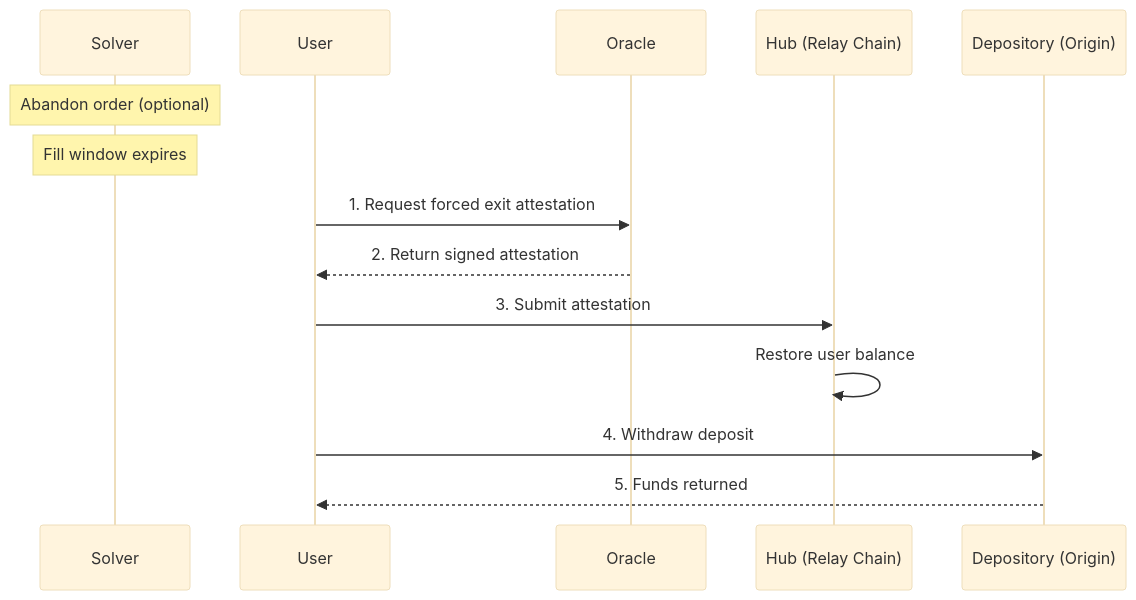
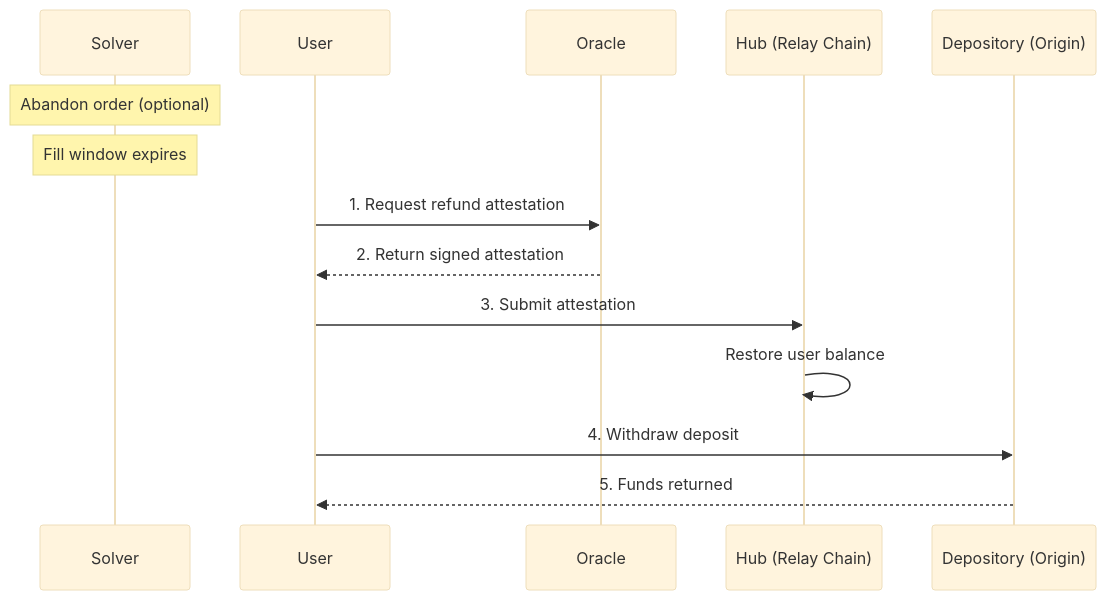
The seventh of 7 diagrams in references/protocol/how-it-works.mdx (relayprotocol/relay-docs), drawn with Mermaid (base theme) before and after one commit. The commit also changed other lines of this file and 3 other files, not shown here.

First line of the commit message:
Add refunds to architecture page, contract addresses, and security cleanup

````diff
--- a/references/protocol/how-it-works.mdx
+++ b/references/protocol/how-it-works.mdx
@@ -216,17 +277,17 @@
 ```mermaid
 sequenceDiagram
     participant Solver
     participant User
     participant Oracle
     participant Hub as Hub (Relay Chain)
     participant Depository as Depository (Origin)
 
     Note over Solver: Abandon order (optional)
     Note over Solver: Fill window expires
-    User->>Oracle: 1. Request forced exit attestation
+    User->>Oracle: 1. Request refund attestation
     Oracle-->>User: 2. Return signed attestation
     User->>Hub: 3. Submit attestation
     Hub->>Hub: Restore user balance
     User->>Depository: 4. Withdraw deposit
     Depository-->>User: 5. Funds returned
 ```
````
